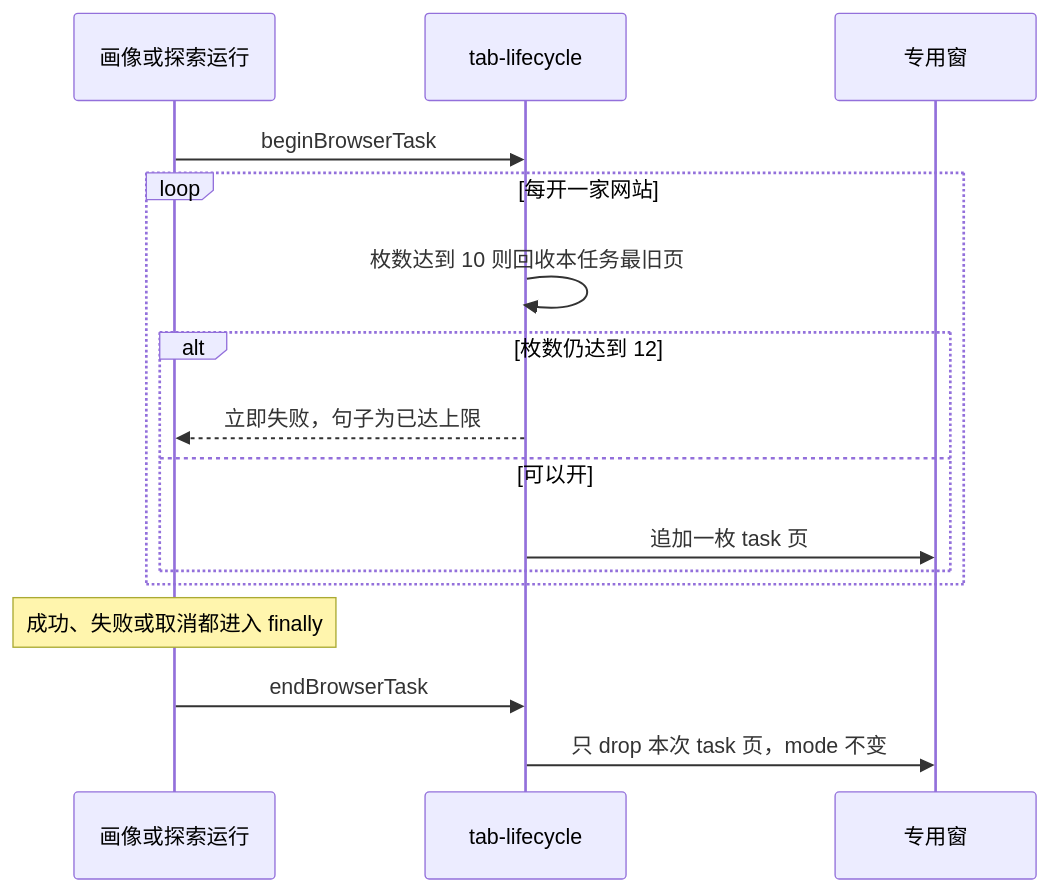
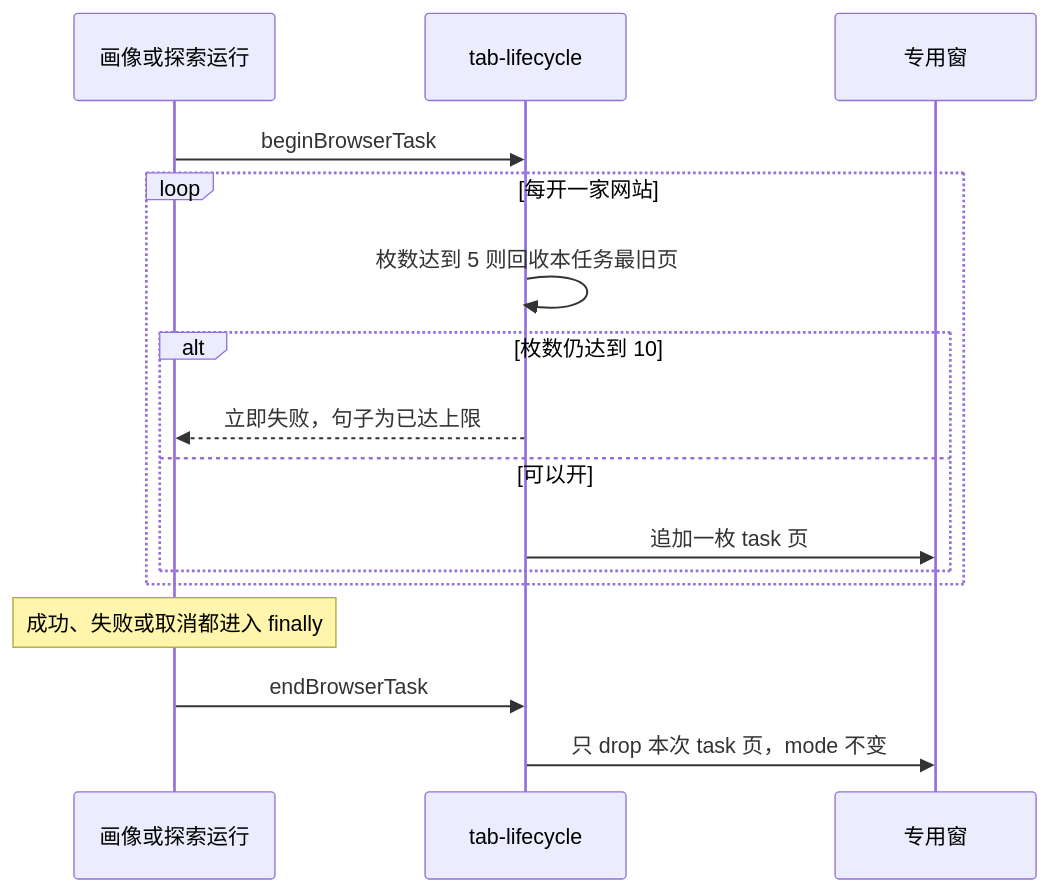
The diagram in docs/design/US-TC-任务后清理内置浏览器标签.md (Pedro-MAFS/ftcs), drawn with Mermaid before and after one commit. The commit also changed other lines of this file, not shown here.

````diff
--- a/docs/design/US-TC-任务后清理内置浏览器标签.md
+++ b/docs/design/US-TC-任务后清理内置浏览器标签.md
@@ -226,19 +226,19 @@
 ```mermaid
 sequenceDiagram
   participant Run as 画像或探索运行
   participant Tabs as tab-lifecycle
   participant Win as 专用窗
 
   Run->>Tabs: beginBrowserTask
   loop 每开一家网站
-    Tabs->>Tabs: 枚数达到 10 则回收本任务最旧页
-    alt 枚数仍达到 12
+    Tabs->>Tabs: 枚数达到 5 则回收本任务最旧页
+    alt 枚数仍达到 10
       Tabs-->>Run: 立即失败，句子为已达上限
     else 可以开
       Tabs->>Win: 追加一枚 task 页
     end
   end
   Note over Run: 成功、失败或取消都进入 finally
   Run->>Tabs: endBrowserTask
   Tabs->>Win: 只 drop 本次 task 页，mode 不变
 ```
````
